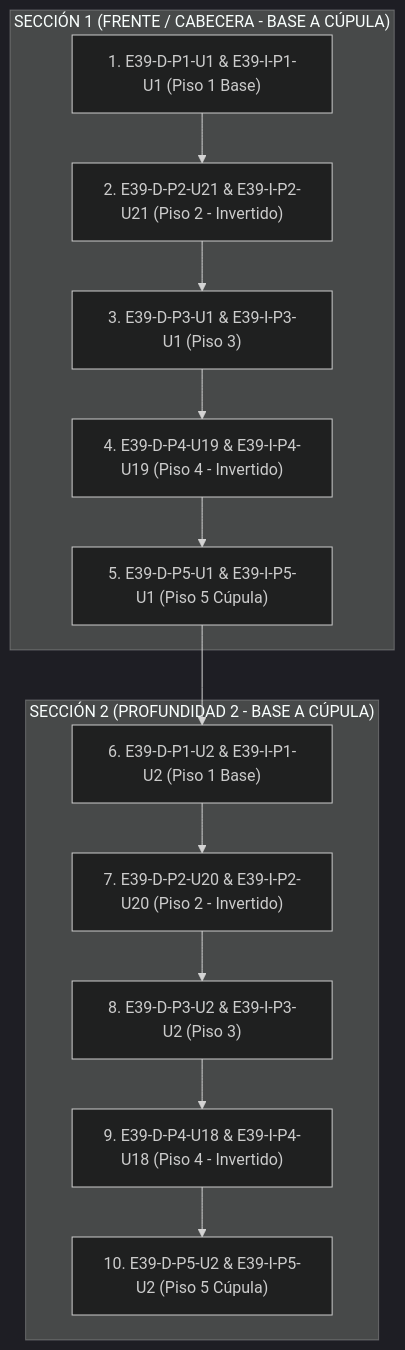
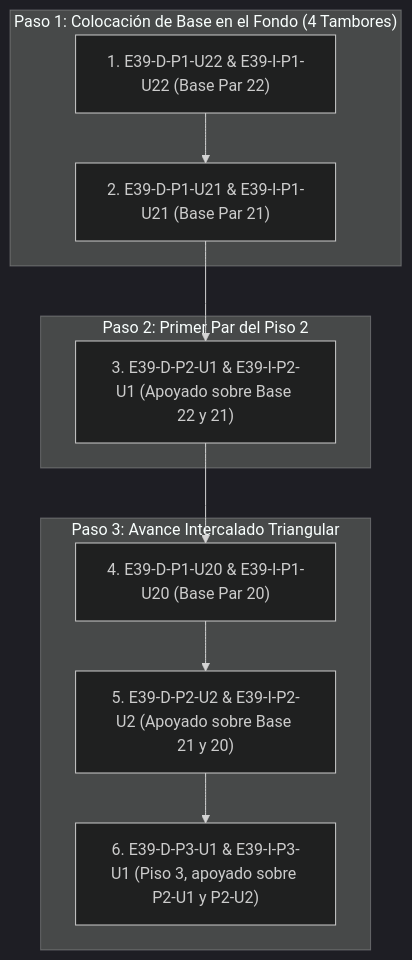
Before and after one commit to HasselGit/GeoStock-Replication: the diagram in armado_estiva_200.md, drawn with Mermaid (dark theme). The commit also changed other lines of this file and 1 other file, not shown here.

Commit message:
Codify 4-barrel base support rule and triangular interlocking assembly sequence

````diff
--- a/armado_estiva_200.md
+++ b/armado_estiva_200.md
@@ -21,16 +20,14 @@
 ```mermaid
 flowchart TD
-    subgraph Sec1 ["SECCIÓN 1 (FRENTE / CABECERA - BASE A CÚPULA)"]
-        A1["1. E39-D-P1-U1 & E39-I-P1-U1 (Piso 1 Base)"] --> A2["2. E39-D-P2-U21 & E39-I-P2-U21 (Piso 2 - Invertido)"]
-        A2 --> A3["3. E39-D-P3-U1 & E39-I-P3-U1 (Piso 3)"]
-        A3 --> A4["4. E39-D-P4-U19 & E39-I-P4-U19 (Piso 4 - Invertido)"]
-        A4 --> A5["5. E39-D-P5-U1 & E39-I-P5-U1 (Piso 5 Cúpula)"]
+    subgraph Base1 ["Paso 1: Colocación de Base en el Fondo (4 Tambores)"]
+        B1["1. E39-D-P1-U22 & E39-I-P1-U22 (Base Par 22)"] --> B2["2. E39-D-P1-U21 & E39-I-P1-U21 (Base Par 21)"]
     end
-    subgraph Sec2 ["SECCIÓN 2 (PROFUNDIDAD 2 - BASE A CÚPULA)"]
-        A5 --> B1["6. E39-D-P1-U2 & E39-I-P1-U2 (Piso 1 Base)"]
-        B1 --> B2["7. E39-D-P2-U20 & E39-I-P2-U20 (Piso 2 - Invertido)"]
-        B2 --> B3["8. E39-D-P3-U2 & E39-I-P3-U2 (Piso 3)"]
-        B3 --> B4["9. E39-D-P4-U18 & E39-I-P4-U18 (Piso 4 - Invertido)"]
-        B4 --> B5["10. E39-D-P5-U2 & E39-I-P5-U2 (Piso 5 Cúpula)"]
+    subgraph Piso2_1 ["Paso 2: Primer Par del Piso 2"]
+        B2 --> P2_1["3. E39-D-P2-U1 & E39-I-P2-U1 (Apoyado sobre Base 22 y 21)"]
+    end
+    subgraph Avance ["Paso 3: Avance Intercalado Triangular"]
+        P2_1 --> B3["4. E39-D-P1-U20 & E39-I-P1-U20 (Base Par 20)"]
+        B3 --> P2_2["5. E39-D-P2-U2 & E39-I-P2-U2 (Apoyado sobre Base 21 y 20)"]
+        P2_2 --> P3_1["6. E39-D-P3-U1 & E39-I-P3-U1 (Piso 3, apoyado sobre P2-U1 y P2-U2)"]
     end
 ```
````
